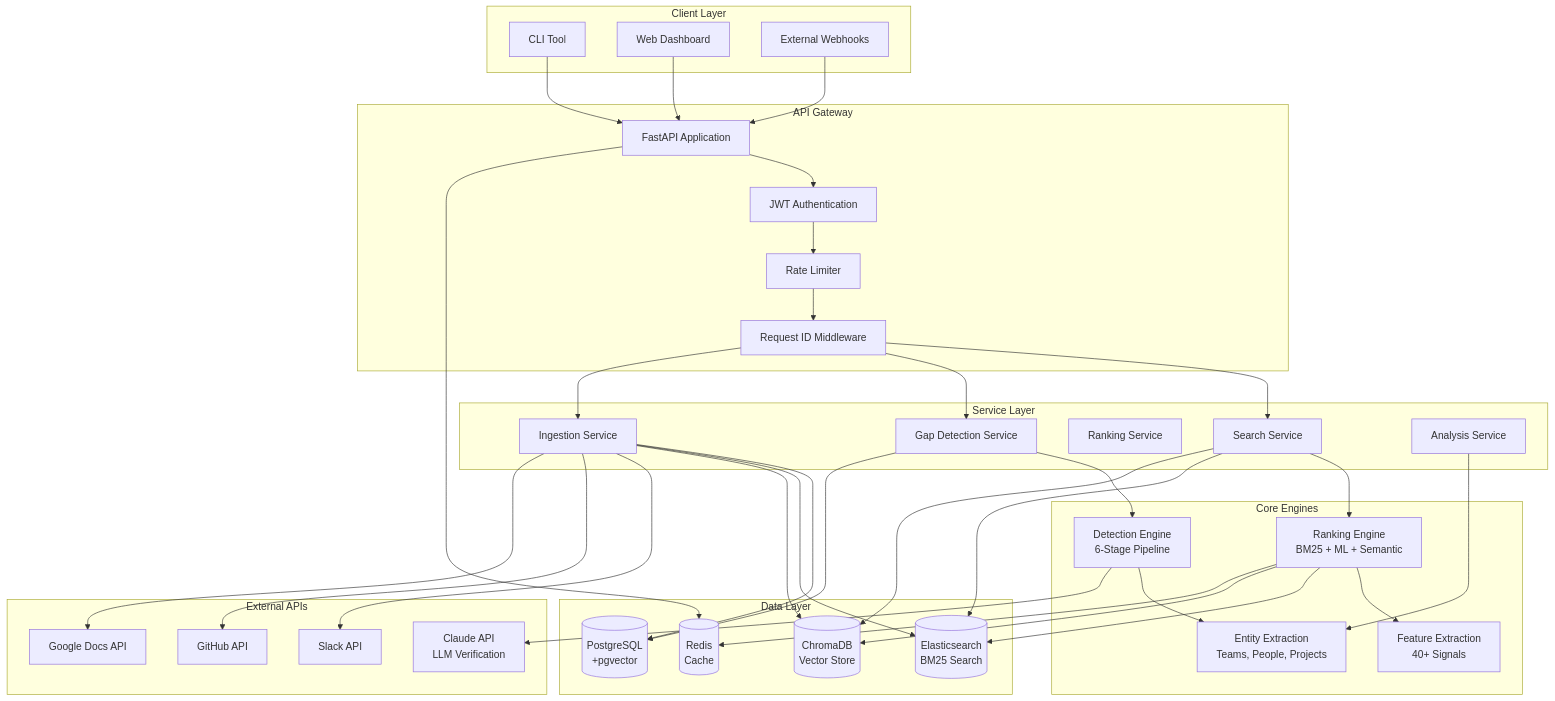
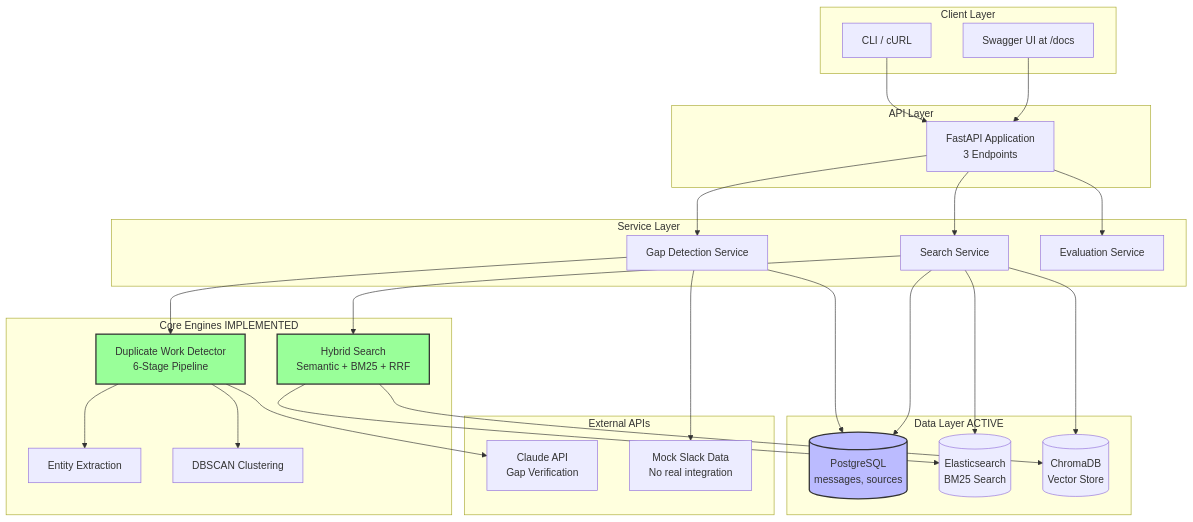
Before and after one commit to timduly4/coordination_gap_detector: the first of 3 diagrams in docs/ARCHITECTURE.md, drawn with Mermaid. The commit also changed other lines of this file, not shown here.

First line of the commit message:
docs: update architecture doc to reflect actual implementation

````diff
--- a/docs/ARCHITECTURE.md
+++ b/docs/ARCHITECTURE.md
@@ -9,80 +13,63 @@
 ```mermaid
 graph TB
     subgraph "Client Layer"
-        CLI[CLI Tool]
-        WebUI[Web Dashboard]
-        Webhooks[External Webhooks]
+        CLI[CLI / cURL]
+        Docs[Swagger UI at /docs]
     end
 
-    subgraph "API Gateway"
-        FastAPI[FastAPI Application]
-        Auth[JWT Authentication]
-        RateLimit[Rate Limiter]
-        ReqID[Request ID Middleware]
+    subgraph "API Layer"
+        FastAPI[FastAPI Application<br/>3 Endpoints]
     end
 
     subgraph "Service Layer"
         SearchSvc[Search Service]
         GapSvc[Gap Detection Service]
-        RankingSvc[Ranking Service]
-        IngestionSvc[Ingestion Service]
-        AnalysisSvc[Analysis Service]
+        EvalSvc[Evaluation Service]
     end
 
-    subgraph "Core Engines"
-        DetectionEngine[Detection Engine<br/>6-Stage Pipeline]
-        RankingEngine[Ranking Engine<br/>BM25 + ML + Semantic]
-        FeatureStore[Feature Extraction<br/>40+ Signals]
-        EntityExtract[Entity Extraction<br/>Teams, People, Projects]
+    subgraph "Core Engines IMPLEMENTED"
+        DetectionEngine[Duplicate Work Detector<br/>6-Stage Pipeline]
+        RankingEngine[Hybrid Search<br/>Semantic + BM25 + RRF]
+        EntityExtract[Entity Extraction]
+        Clustering[DBSCAN Clustering]
     end
 
-    subgraph "Data Layer"
-        Postgres[(PostgreSQL<br/>+pgvector)]
+    subgraph "Data Layer ACTIVE"
+        Postgres[(PostgreSQL<br/>messages, sources)]
         ES[(Elasticsearch<br/>BM25 Search)]
         Chroma[(ChromaDB<br/>Vector Store)]
-        Redis[(Redis<br/>Cache)]
     end
 
     subgraph "External APIs"
-        Claude[Claude API<br/>LLM Verification]
-        Slack[Slack API]
-        GitHub[GitHub API]
-        GDocs[Google Docs API]
+        Claude[Claude API<br/>Gap Verification]
+        MockSlack[Mock Slack Data<br/>No real integration]
     end
 
     CLI --> FastAPI
-    WebUI --> FastAPI
-    Webhooks --> FastAPI
+    Docs --> FastAPI
 
-    FastAPI --> Auth
-    Auth --> RateLimit
-    RateLimit --> ReqID
-    ReqID --> SearchSvc
-    ReqID --> GapSvc
-    ReqID --> IngestionSvc
+    FastAPI --> SearchSvc
+    FastAPI --> GapSvc
+    FastAPI --> EvalSvc
 
     SearchSvc --> RankingEngine
     GapSvc --> DetectionEngine
-    AnalysisSvc --> EntityExtract
 
-    RankingEngine --> FeatureStore
+    DetectionEngine --> Clustering
     DetectionEngine --> EntityExtract
     DetectionEngine --> Claude
 
-    SearchSvc --> ES
-    SearchSvc --> Chroma
     RankingEngine --> ES
     RankingEngine --> Chroma
 
+    SearchSvc --> Chroma
+    SearchSvc --> ES
     GapSvc --> Postgres
-    IngestionSvc --> Postgres
-    IngestionSvc --> ES
-    IngestionSvc --> Chroma
+    SearchSvc --> Postgres
 
-    FastAPI --> Redis
-    RankingEngine --> Redis
+    GapSvc --> MockSlack
 
-    IngestionSvc --> Slack
-    IngestionSvc --> GitHub
-    IngestionSvc --> GDocs
+    style Postgres fill:#bbf,stroke:#333,stroke-width:2px
+    style DetectionEngine fill:#9f9,stroke:#333,stroke-width:2px
+    style RankingEngine fill:#9f9,stroke:#333,stroke-width:2px
 ```
````
